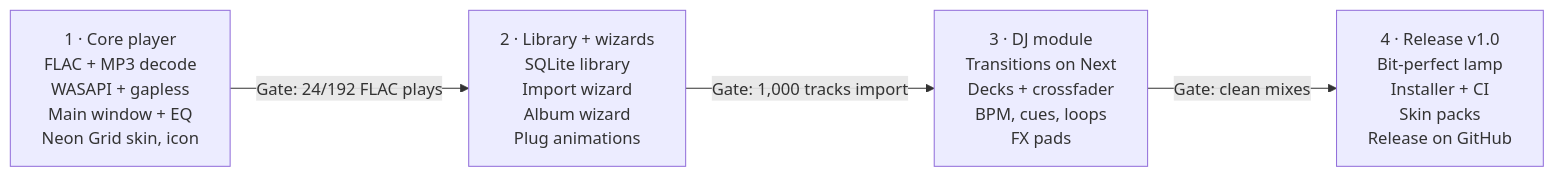
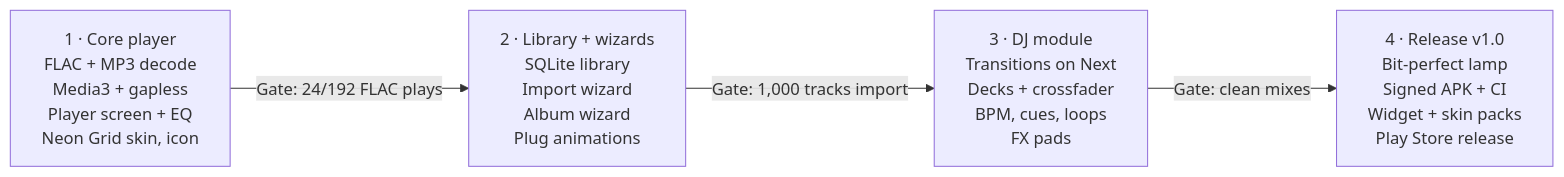
The second of 2 diagrams in docs/ARCHITECTURE.md (jose00735/Kororythm-), drawn with Mermaid before and after one commit. The commit also changed other lines of this file and 1 other file, not shown here.

First line of the commit message:
Retarget blueprint to Android (Kotlin, Compose, Media3)

````diff
--- a/docs/ARCHITECTURE.md
+++ b/docs/ARCHITECTURE.md
@@ -202,10 +208,10 @@
 ```mermaid
 flowchart LR
-  P1["1 · Core player<br/>FLAC + MP3 decode<br/>WASAPI + gapless<br/>Main window + EQ<br/>Neon Grid skin, icon"]
+  P1["1 · Core player<br/>FLAC + MP3 decode<br/>Media3 + gapless<br/>Player screen + EQ<br/>Neon Grid skin, icon"]
   P2["2 · Library + wizards<br/>SQLite library<br/>Import wizard<br/>Album wizard<br/>Plug animations"]
   P3["3 · DJ module<br/>Transitions on Next<br/>Decks + crossfader<br/>BPM, cues, loops<br/>FX pads"]
-  P4["4 · Release v1.0<br/>Bit-perfect lamp<br/>Installer + CI<br/>Skin packs<br/>Release on GitHub"]
+  P4["4 · Release v1.0<br/>Bit-perfect lamp<br/>Signed APK + CI<br/>Widget + skin packs<br/>Play Store release"]
   P1 -- "Gate: 24/192 FLAC plays" --> P2
   P2 -- "Gate: 1,000 tracks import" --> P3
   P3 -- "Gate: clean mixes" --> P4
 ```
````
